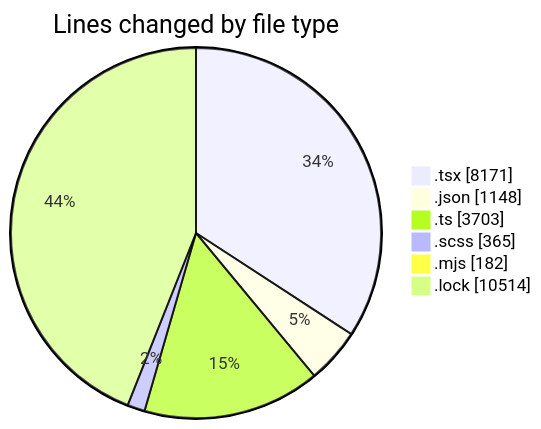
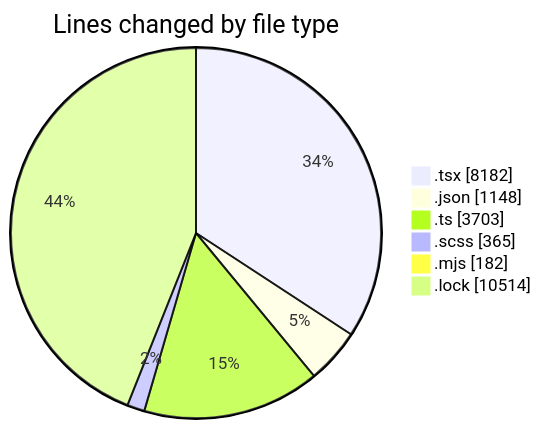
One commit to momahboobian/code-tracking changed the first of 2 diagrams in 2026-05-12/cda/README.md. Above: the diagram before and after it, drawn with Mermaid. The commit also changed other lines of this file and 1 other file, not shown here.

````diff
--- a/2026-05-12/cda/README.md
+++ b/2026-05-12/cda/README.md
@@ -52,10 +52,10 @@
 ```mermaid
 pie showData
 title Lines changed by file type
-".tsx" : 8171
+".tsx" : 8182
 ".json" : 1148
 ".ts" : 3703
 ".scss" : 365
 ".mjs" : 182
 ".lock" : 10514
 ```
````
